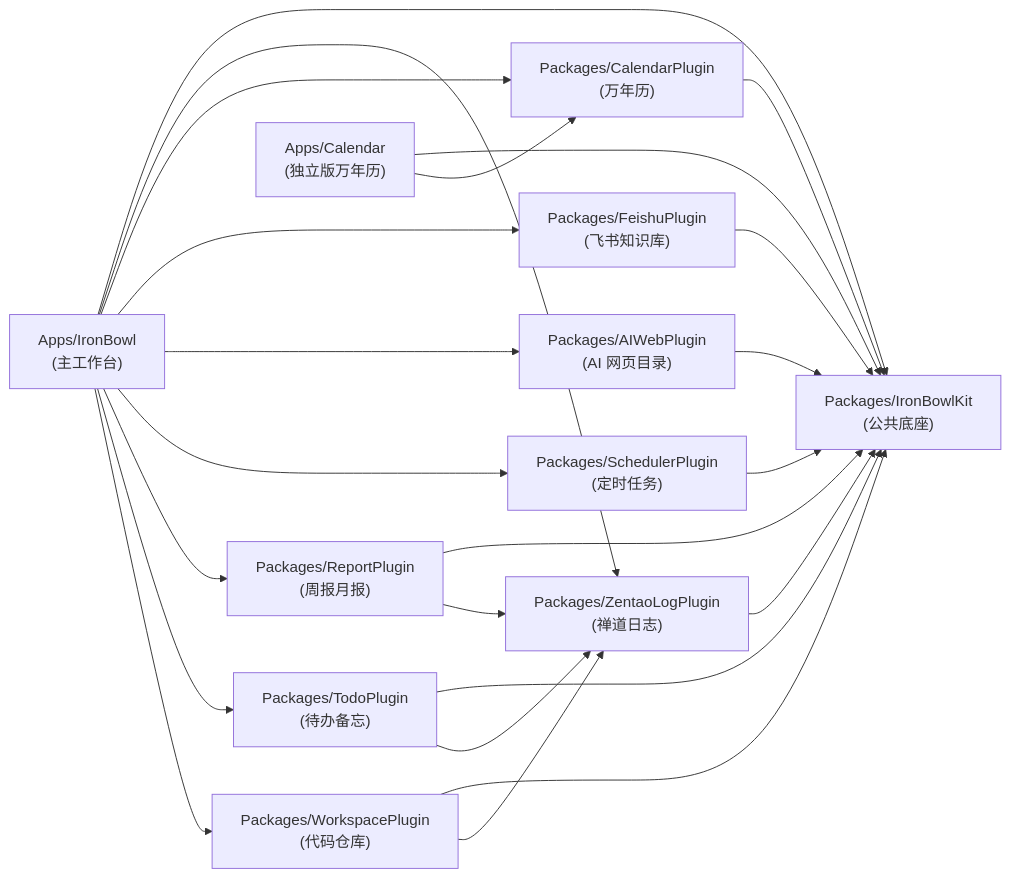
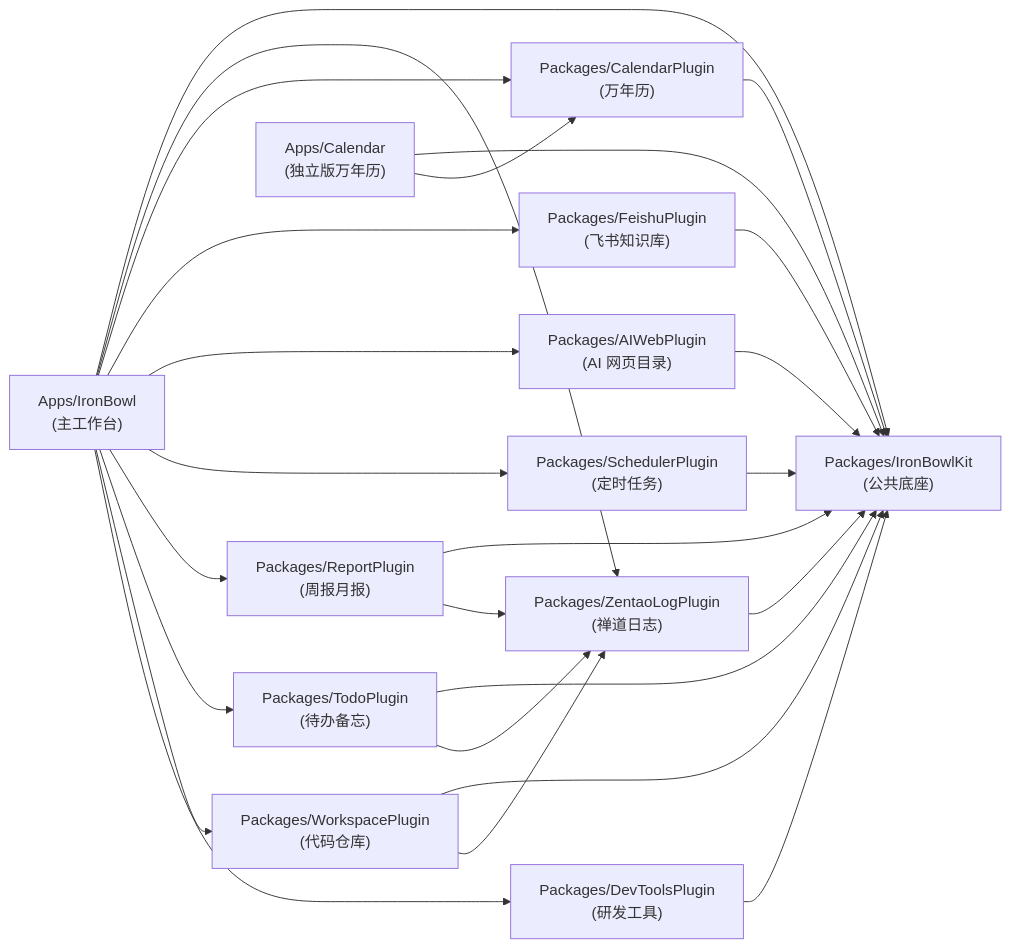
The diagram in docs/architecture/overview.md (taopaox/IronBowl), drawn with Mermaid before and after one commit. The commit also changed other lines of this file and 11 other files, not shown here.

````diff
--- a/docs/architecture/overview.md
+++ b/docs/architecture/overview.md
@@ -18,27 +18,29 @@
 ```mermaid
 flowchart LR
     IronBowl["Apps/IronBowl<br/>(主工作台)"] --> IronBowlKit["Packages/IronBowlKit<br/>(公共底座)"]
     IronBowl --> ZentaoLogPlugin["Packages/ZentaoLogPlugin<br/>(禅道日志)"]
     IronBowl --> CalendarPlugin["Packages/CalendarPlugin<br/>(万年历)"]
     IronBowl --> FeishuPlugin["Packages/FeishuPlugin<br/>(飞书知识库)"]
     IronBowl --> AIWebPlugin["Packages/AIWebPlugin<br/>(AI 网页目录)"]
     IronBowl --> SchedulerPlugin["Packages/SchedulerPlugin<br/>(定时任务)"]
     IronBowl --> ReportPlugin["Packages/ReportPlugin<br/>(周报月报)"]
     IronBowl --> TodoPlugin["Packages/TodoPlugin<br/>(待办备忘)"]
     IronBowl --> WorkspacePlugin["Packages/WorkspacePlugin<br/>(代码仓库)"]
+    IronBowl --> DevToolsPlugin["Packages/DevToolsPlugin<br/>(研发工具)"]
 
     CalendarApp["Apps/Calendar<br/>(独立版万年历)"] --> IronBowlKit
     CalendarApp --> CalendarPlugin
 
     ZentaoLogPlugin --> IronBowlKit
     CalendarPlugin --> IronBowlKit
     FeishuPlugin --> IronBowlKit
     AIWebPlugin --> IronBowlKit
     SchedulerPlugin --> IronBowlKit
     ReportPlugin --> IronBowlKit
     ReportPlugin --> ZentaoLogPlugin
     TodoPlugin --> IronBowlKit
     TodoPlugin --> ZentaoLogPlugin
     WorkspacePlugin --> IronBowlKit
     WorkspacePlugin --> ZentaoLogPlugin
+    DevToolsPlugin --> IronBowlKit
 ```
````
